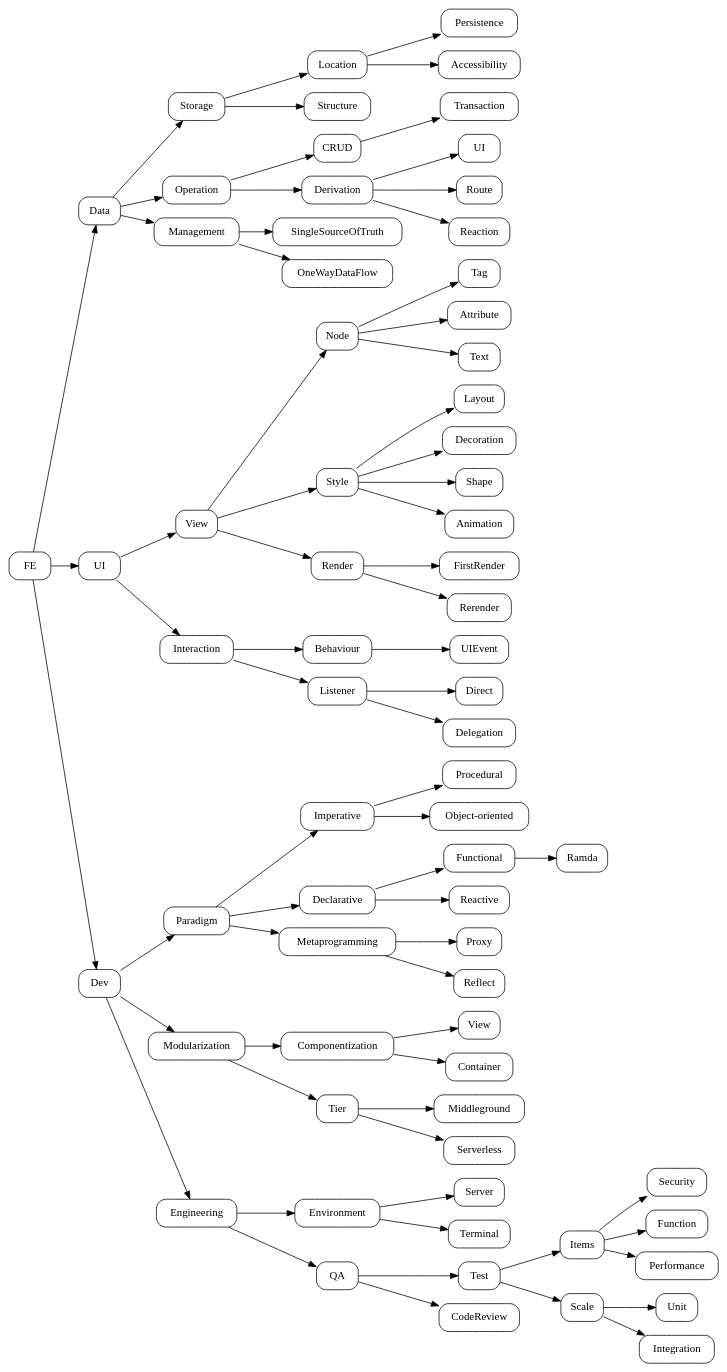
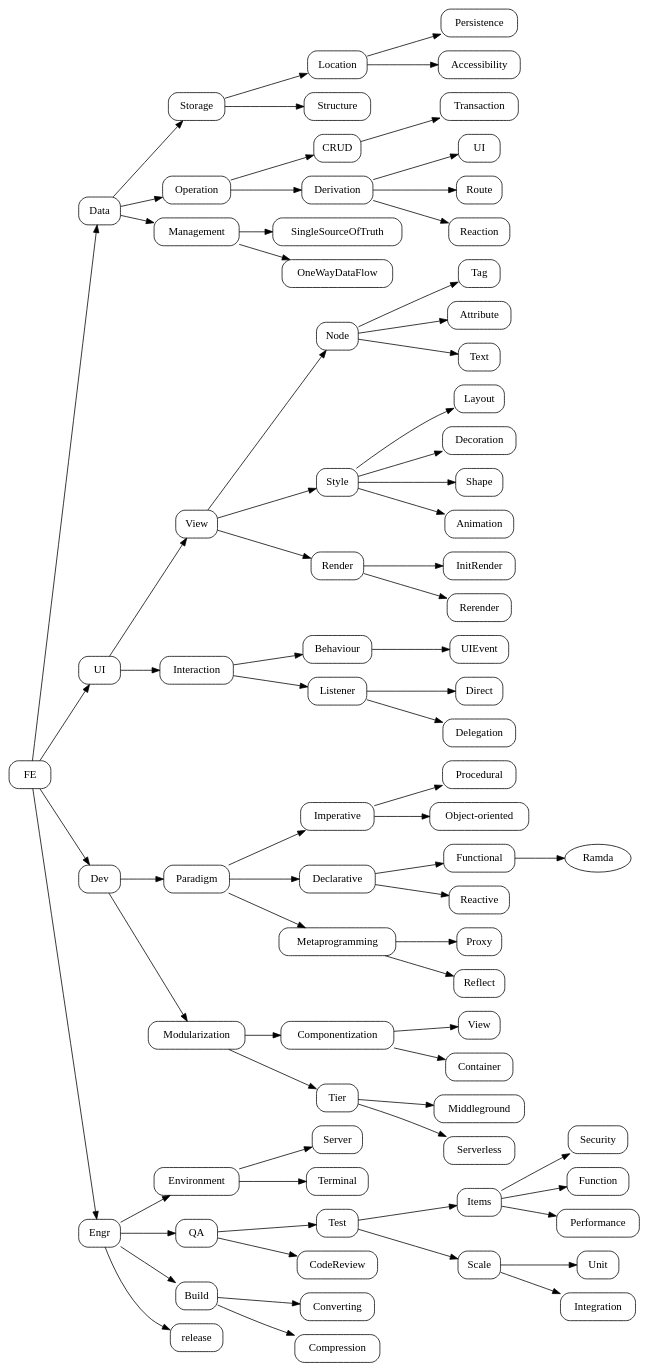
One commit to xhlsrj/psychic-journey changed the diagram in FE.TechArea.dot. Above: the diagram before and after it, drawn with Graphviz.

```diff
--- a/FE.TechArea.dot
+++ b/FE.TechArea.dot
@@ -1,129 +1,133 @@
 digraph FE{
   rankdir=LR
   node [shape="box",style="rounded"]
   {
     "Data.Data"[label="Data"]
     "UI.UI"[label="UI"]
     "Dev.Dev"[label="Dev"]
+    "Engr.Engr"[label="Engr"]
   }
 
-  FE->{"Data.Data","UI.UI","Dev.Dev"}
+  FE->{"Data.Data","UI.UI","Dev.Dev","Engr.Engr"}
 
   // Data
   {
     "Data.Storage"[label="Storage"]
       "Data.Location"[label="Location"]
         "Data.Persistence"[label="Persistence"]
         "Data.Accessibility"[label="Accessibility"]
       "Data.Structure"[label="Structure"]
     "Data.Operation"[label="Operation"]
       "Data.CRUD"[label="CRUD"]
       "Data.Transaction"[label="Transaction"]
       "Data.Derivation"[label="Derivation"]
         "Data.UI"[label="UI"]
         "Data.Route"[label="Route"]
         "Data.Reaction"[label="Reaction"]
     "Data.Management"[label="Management"]
       "Data.SingleSourceOfTruth"[label="SingleSourceOfTruth"]
       "Data.OneWayDataFlow"[label="OneWayDataFlow"]
   }
 
   {"Data.Data"}->{"Data.Storage","Data.Operation","Data.Management"}
     {"Data.Storage"}->{"Data.Location","Data.Structure"}
       {"Data.Location"}->{"Data.Persistence","Data.Accessibility"}
     {"Data.Operation"}->{"Data.CRUD","Data.Derivation"}
       {"Data.CRUD"}->{"Data.Transaction"}
       {"Data.Derivation"}->{"Data.UI","Data.Route","Data.Reaction"}
     {"Data.Management"}->{"Data.SingleSourceOfTruth","Data.OneWayDataFlow"}
 
 
   // UI
   {
     "UI.View"[label="View"]
       "UI.Node"[label="Node"]
         "UI.Tag"[label="Tag"]
         "UI.Attribute"[label="Attribute"]
         "UI.Text"[label="Text"]
       "UI.Style"[label="Style"]
         "UI.Layout"[label="Layout"]
         "UI.Decoration"[label="Decoration"]
         "UI.Shape"[label="Shape"]
         "UI.Animation"[label="Animation"]
       "UI.Render"[label="Render"]
-        "UI.FirstRender"[label="FirstRender"]
+        "UI.InitRender"[label="InitRender"]
         "UI.Rerender"[label="Rerender"]
     "UI.Interaction"[label="Interaction"]
       "UI.Behaviour"[label="Behaviour"]
         "UI.UIEvent"[label="UIEvent"]
       "UI.Listener"[label="Listener"]
         "UI.Direct"[label="Direct"]
         "UI.Delegation"[label="Delegation"]
   }
 
   {"UI.UI"}->{"UI.View","UI.Interaction"}
     {"UI.View"}->{"UI.Node","UI.Style","UI.Render"}
       {"UI.Node"}->{"UI.Tag","UI.Attribute","UI.Text"}
       {"UI.Style"}->{"UI.Layout","UI.Decoration","UI.Shape","UI.Animation"}
-      {"UI.Render"}->{"UI.FirstRender","UI.Rerender"}
+      {"UI.Render"}->{"UI.InitRender","UI.Rerender"}
     {"UI.Interaction"}->{"UI.Behaviour","UI.Listener"}
       {"UI.Behaviour"}->{"UI.UIEvent"}
       {"UI.Listener"}->{"UI.Direct","UI.Delegation"}
 
   // Dev
   {
     "Dev.Paradigm"[label="Paradigm"]
       "Dev.Imperative"[label="Imperative"]
         "Dev.Procedural"[label="Procedural"]
         "Dev.Object-oriented"[label="Object-oriented"]
       "Dev.Declarative"[label="Declarative"]
         "Dev.Functional"[label="Functional"]
-          "Dev.Ramda"[label="Ramda"]
+          "Dev.Ramda"[label="Ramda",shape="ellipse"]
         "Dev.Reactive"[label="Reactive"]
       "Dev.Metaprogramming"[label="Metaprogramming"]
         "Dev.Proxy"[label="Proxy"]
         "Dev.Reflect"[label="Reflect"]
     "Dev.Modularization"[label="Modularization"]
       "Dev.Componentization"[label="Componentization"]
         "Dev.View"[label="View"]
         "Dev.Container"[label="Container"]
       "Dev.Tier"[label="Tier"]
         "Dev.Middleground"[label="Middleground"]
         "Dev.Serverless"[label="Serverless"]
-    "Dev.Engineering"[label="Engineering"]
-      "Dev.Environment"[label="Environment"]
-        "Dev.Server"[label="Server"]
-        "Dev.Terminal"[label="Terminal"]
-      "Dev.QA"[label="QA"]
-        "Dev.Test"[label="Test"]
-          "Dev.Items"[label="Items"]
-            "Dev.Security"[label="Security"]
-            "Dev.Function"[label="Function"]
-            "Dev.Performance"[label="Performance"]
-          "Dev.Scale"[label="Scale"]
-            "Dev.Unit"[label="Unit"]
-            "Dev.Integration"[label="Integration"]
-        "Dev.CodeReview"[label="CodeReview"]
-      // "Dev.Build"[label="Build"]
-      //   "Dev.Converting"[label="Converting"]
-      //   "Dev.Compression"[label="Compression"]
-      // "Dev.release"[label="release"]
   }
 
-  {"Dev.Dev"}->{"Dev.Paradigm","Dev.Modularization","Dev.Engineering"}
+  {"Dev.Dev"}->{"Dev.Paradigm","Dev.Modularization"}
     {"Dev.Paradigm"}->{"Dev.Imperative","Dev.Declarative","Dev.Metaprogramming"}
       {"Dev.Imperative"}->{"Dev.Procedural","Dev.Object-oriented"}
       {"Dev.Declarative"}->{"Dev.Functional","Dev.Reactive"}
         {"Dev.Functional"}->{"Dev.Ramda"}
       {"Dev.Metaprogramming"}->{"Dev.Proxy","Dev.Reflect"}
     {"Dev.Modularization"}->{"Dev.Componentization","Dev.Tier"}
       {"Dev.Componentization"}->{"Dev.View","Dev.Container"}
       {"Dev.Tier"}->{"Dev.Middleground","Dev.Serverless"}
-    // {"Dev.Engineering"}->{"Dev.Environment","Dev.QA","Dev.Build","Dev.release"}
-    {"Dev.Engineering"}->{"Dev.Environment","Dev.QA"}
-      {"Dev.Environment"}->{"Dev.Server","Dev.Terminal"}
-      {"Dev.QA"}->{"Dev.Test","Dev.CodeReview"}
-        {"Dev.Test"}->{"Dev.Items","Dev.Scale"}
-          {"Dev.Items"}->{"Dev.Security","Dev.Function","Dev.Performance"}
-          {"Dev.Scale"}->{"Dev.Unit","Dev.Integration"}
-      // {"Dev.Build"}->{"Dev.Converting","Dev.Compression"}
+
+  // Engr
+  {
+    "Engr.Environment"[label="Environment"]
+      "Engr.Server"[label="Server"]
+      "Engr.Terminal"[label="Terminal"]
+    "Engr.QA"[label="QA"]
+      "Engr.Test"[label="Test"]
+        "Engr.Items"[label="Items"]
+          "Engr.Security"[label="Security"]
+          "Engr.Function"[label="Function"]
+          "Engr.Performance"[label="Performance"]
+        "Engr.Scale"[label="Scale"]
+          "Engr.Unit"[label="Unit"]
+          "Engr.Integration"[label="Integration"]
+      "Engr.CodeReview"[label="CodeReview"]
+    "Engr.Build"[label="Build"]
+      "Engr.Converting"[label="Converting"]
+      "Engr.Compression"[label="Compression"]
+    "Engr.release"[label="release"]
+  }
+
+  {"Engr.Engr"}->{"Engr.Environment","Engr.QA","Engr.Build","Engr.release"}
+    {"Engr.Environment"}->{"Engr.Server","Engr.Terminal"}
+    {"Engr.QA"}->{"Engr.Test","Engr.CodeReview"}
+      {"Engr.Test"}->{"Engr.Items","Engr.Scale"}
+        {"Engr.Items"}->{"Engr.Security","Engr.Function","Engr.Performance"}
+        {"Engr.Scale"}->{"Engr.Unit","Engr.Integration"}
+    {"Engr.Build"}->{"Engr.Converting","Engr.Compression"}
 }
```
